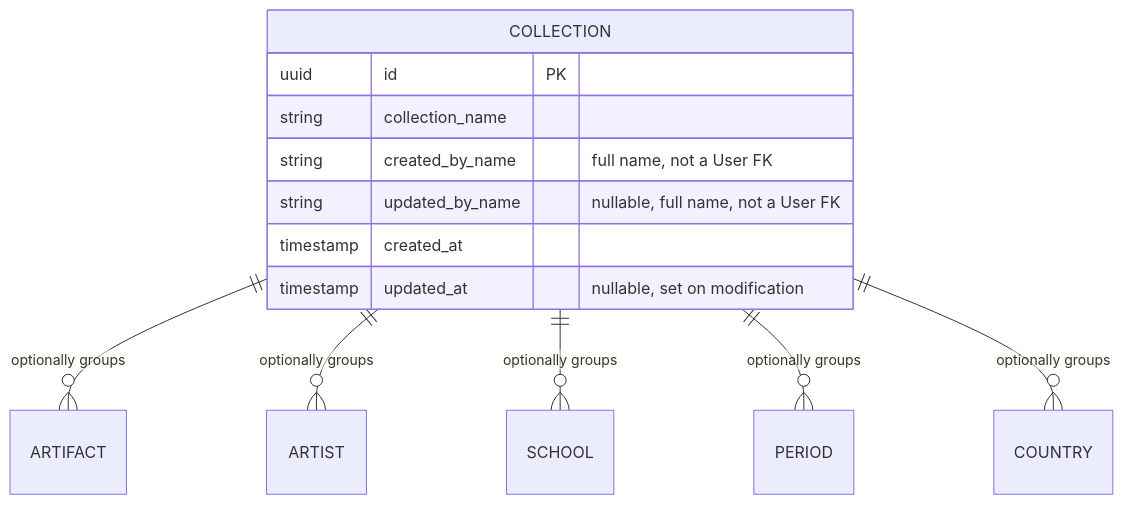
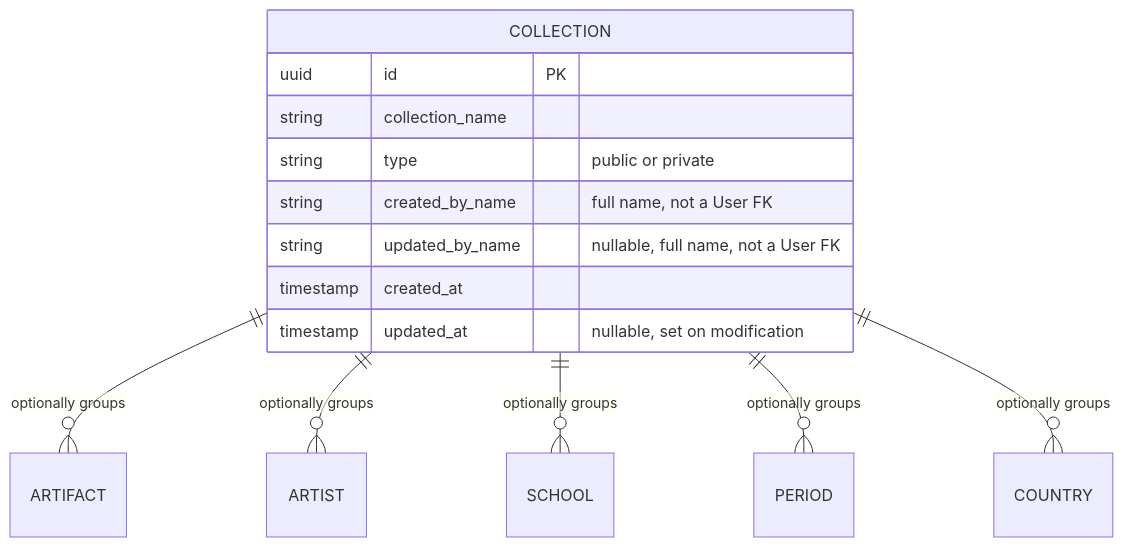
One commit to gdavydov/Artium-AI changed the third of 13 diagrams in Artium-Gallery_Design_Document.md. Above: the diagram before and after it, drawn with Mermaid. The commit also changed other lines of this file and 5 other files, not shown here.

First line of the commit message:
Add type (public/private) column to the collection table

````diff
--- a/Artium-Gallery_Design_Document.md
+++ b/Artium-Gallery_Design_Document.md
@@ -901,17 +909,18 @@
 ```mermaid
 erDiagram
   COLLECTION ||--o{ ARTIFACT : "optionally groups"
   COLLECTION ||--o{ ARTIST : "optionally groups"
   COLLECTION ||--o{ SCHOOL : "optionally groups"
   COLLECTION ||--o{ PERIOD : "optionally groups"
   COLLECTION ||--o{ COUNTRY : "optionally groups"
 
   COLLECTION {
     uuid id PK
     string collection_name
+    string type "public or private"
     string created_by_name "full name, not a User FK"
     string updated_by_name "nullable, full name, not a User FK"
     timestamp created_at
     timestamp updated_at "nullable, set on modification"
   }
 ```
````
